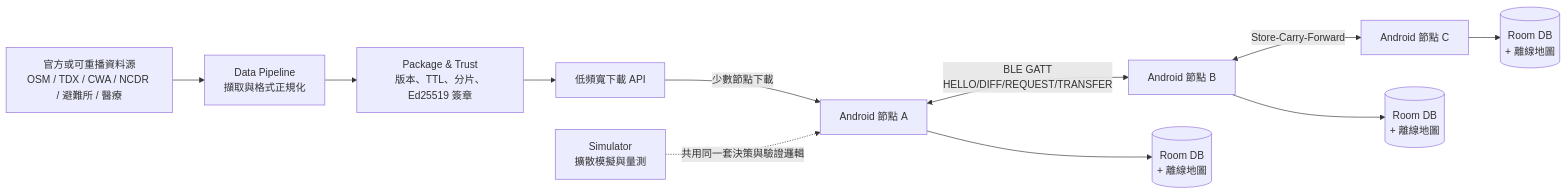
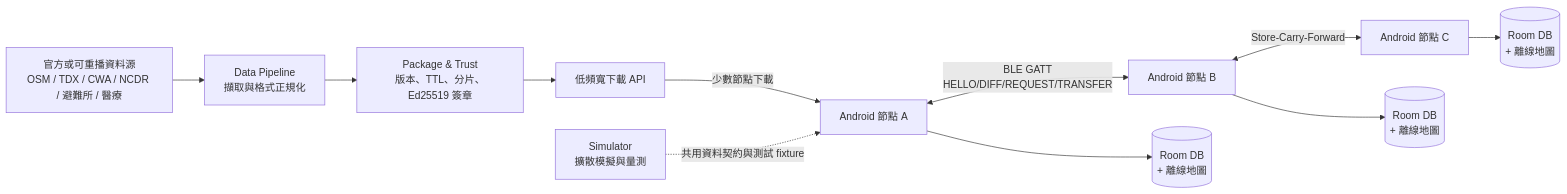
The diagram in README.md (Jiruiii/OSS), drawn with Mermaid before and after one commit. The commit also changed other lines of this file and 4 other files, not shown here.

````diff
--- a/README.md
+++ b/README.md
@@ -48,13 +48,13 @@
 ```mermaid
 flowchart LR
     A[官方或可重播資料源<br/>OSM / TDX / CWA / NCDR / 避難所 / 醫療] --> B[Data Pipeline<br/>擷取與格式正規化]
     B --> C[Package &amp; Trust<br/>版本、TTL、分片、Ed25519 簽章]
     C --> D[低頻寬下載 API]
     D -->|少數節點下載| E[Android 節點 A]
     E <-->|BLE GATT<br/>HELLO/DIFF/REQUEST/TRANSFER| F[Android 節點 B]
     F <-->|Store-Carry-Forward| G[Android 節點 C]
     E --> H[(Room DB<br/>+ 離線地圖)]
     F --> I[(Room DB<br/>+ 離線地圖)]
     G --> J[(Room DB<br/>+ 離線地圖)]
-    K[Simulator<br/>擴散模擬與量測] -.共用同一套決策與驗證邏輯.-> E
+    K[Simulator<br/>擴散模擬與量測] -.共用資料契約與測試 fixture.-> E
 ```
````
